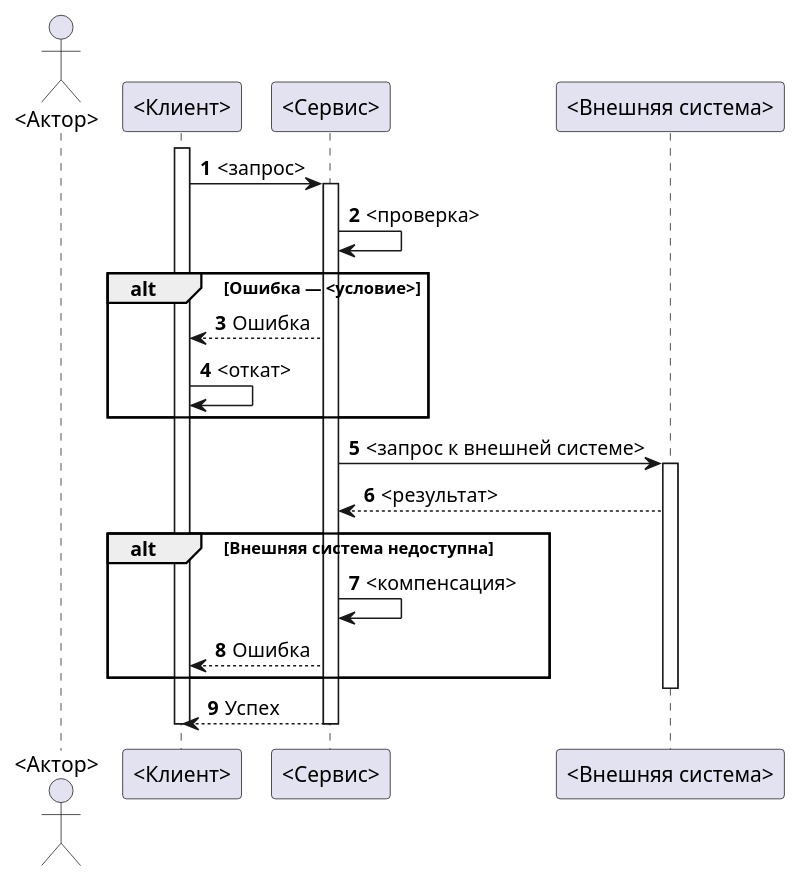
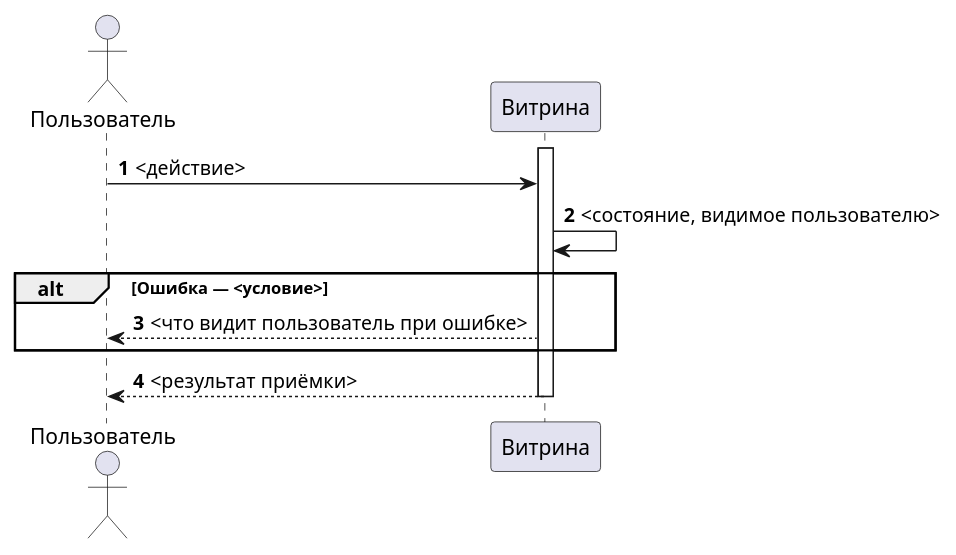
One commit to kibarik/po-helper changed the diagram in .claude/skills/bft-writer/examples/ideal_bft.md. Above: the diagram before and after it, drawn with PlantUML. The commit also changed other lines of this file and 36 other files, not shown here.

````diff
--- a/.claude/skills/bft-writer/examples/ideal_bft.md
+++ b/.claude/skills/bft-writer/examples/ideal_bft.md
@@ -136,28 +140,15 @@
 ```plantuml
 @startuml
 autonumber
-actor "<Актор>" as User
-participant "<Клиент>" as fe
-participant "<Сервис>" as svc
-participant "<Внешняя система>" as ext
+actor "Пользователь" as User
+participant "Витрина" as fe
 activate fe
-fe -> svc: <запрос>
-activate svc
-svc -> svc: <проверка>
+User -> fe: <действие>
+fe -> fe: <состояние, видимое пользователю>
 alt Ошибка — <условие>
-  svc --> fe: Ошибка
-  fe -> fe: <откат>
+  fe --> User: <что видит пользователь при ошибке>
 end
-svc -> ext: <запрос к внешней системе>
-activate ext
-ext --> svc: <результат>
-alt Внешняя система недоступна
-  svc -> svc: <компенсация>
-  svc --> fe: Ошибка
-end
-deactivate ext
-svc --> fe: Успех
-deactivate svc
+fe --> User: <результат приёмки>
 deactivate fe
 @enduml
 ```
````
